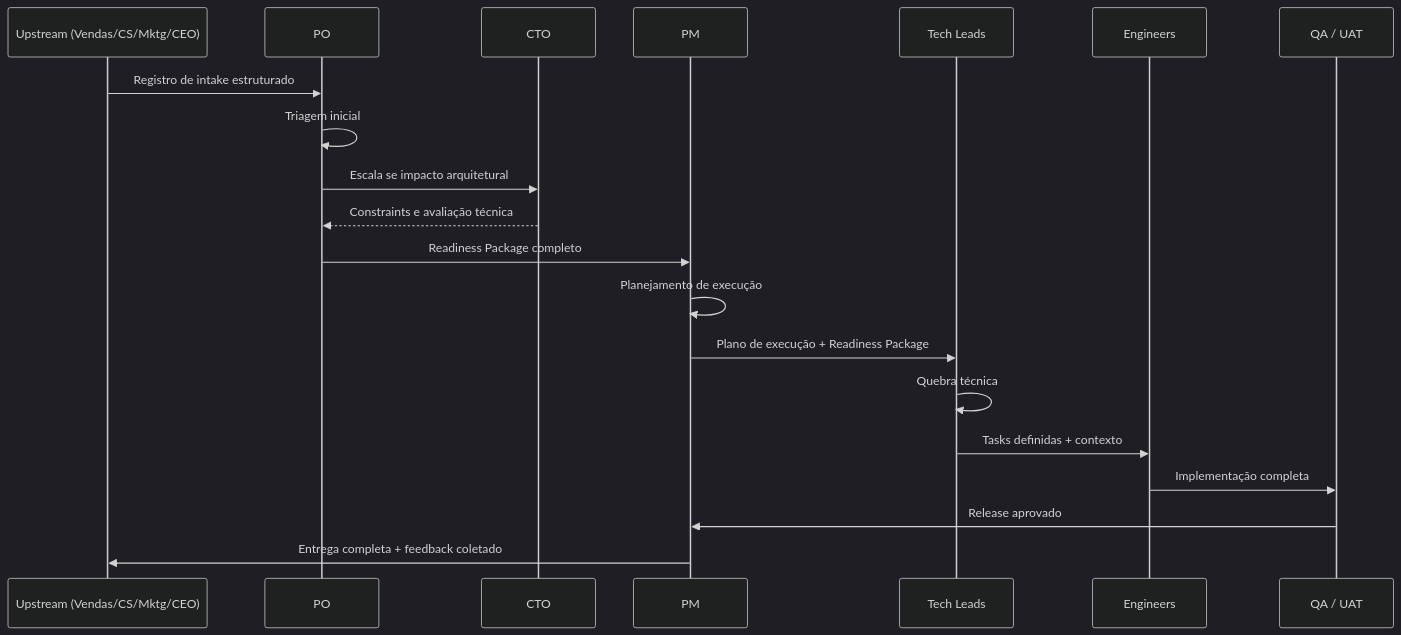
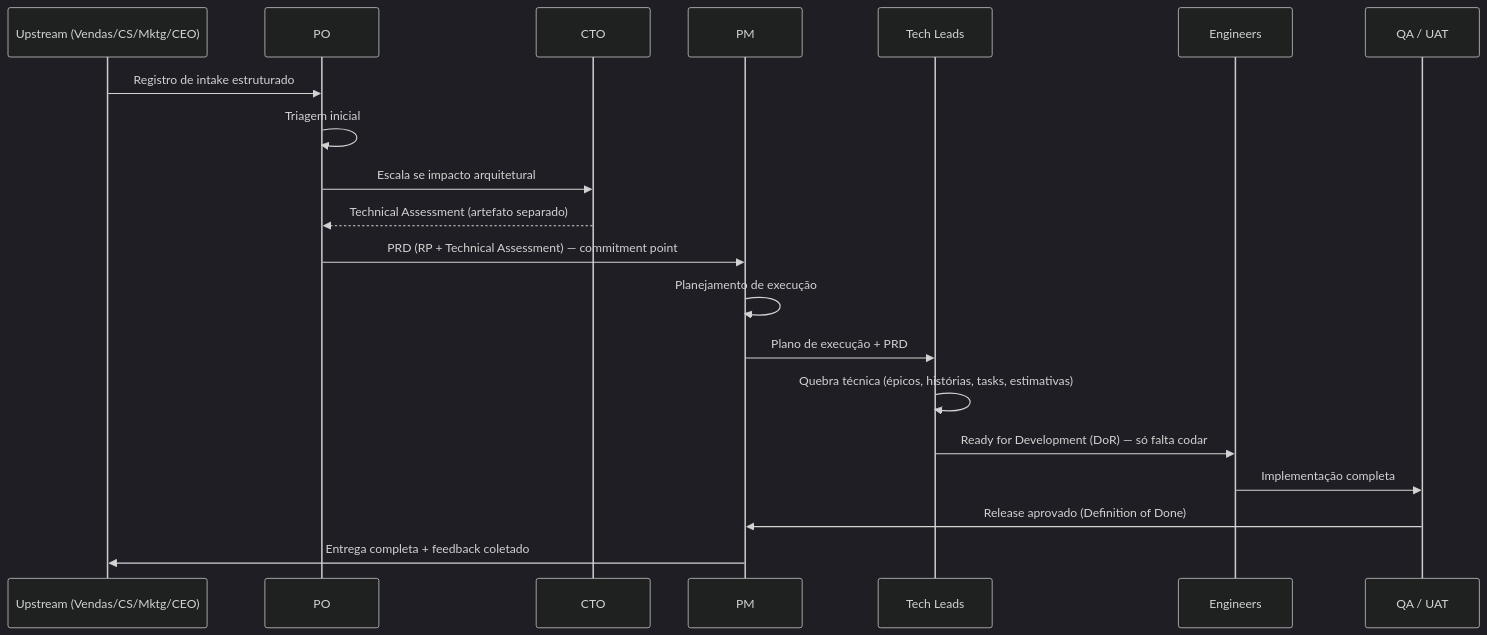
One commit to hugo-hsbtech/teamwork-process changed the second of 2 diagrams in 02-happy-path.md. Above: the diagram before and after it, drawn with Mermaid (dark theme). The commit also changed other lines of this file and 15 other files, not shown here.

First line of the commit message:
docs: alinha modelo ao commitment point (RP→PRD) e separa Technical Assessment (#2)

````diff
--- a/02-happy-path.md
+++ b/02-happy-path.md
@@ -299,23 +291,23 @@
 ```mermaid
 sequenceDiagram
     participant UP as Upstream (Vendas/CS/Mktg/CEO)
     participant PO as PO
     participant CTO as CTO
     participant PM as PM
     participant TL as Tech Leads
     participant ENG as Engineers
     participant QA as QA / UAT
 
     UP->>PO: Registro de intake estruturado
     PO->>PO: Triagem inicial
     PO->>CTO: Escala se impacto arquitetural
-    CTO-->>PO: Constraints e avaliação técnica
-    PO->>PM: Readiness Package completo
+    CTO-->>PO: Technical Assessment (artefato separado)
+    PO->>PM: PRD (RP + Technical Assessment) — commitment point
     PM->>PM: Planejamento de execução
-    PM->>TL: Plano de execução + Readiness Package
-    TL->>TL: Quebra técnica
-    TL->>ENG: Tasks definidas + contexto
+    PM->>TL: Plano de execução + PRD
+    TL->>TL: Quebra técnica (épicos, histórias, tasks, estimativas)
+    TL->>ENG: Ready for Development (DoR) — só falta codar
     ENG->>QA: Implementação completa
-    QA->>PM: Release aprovado
+    QA->>PM: Release aprovado (Definition of Done)
     PM->>UP: Entrega completa + feedback coletado
 ```
````
